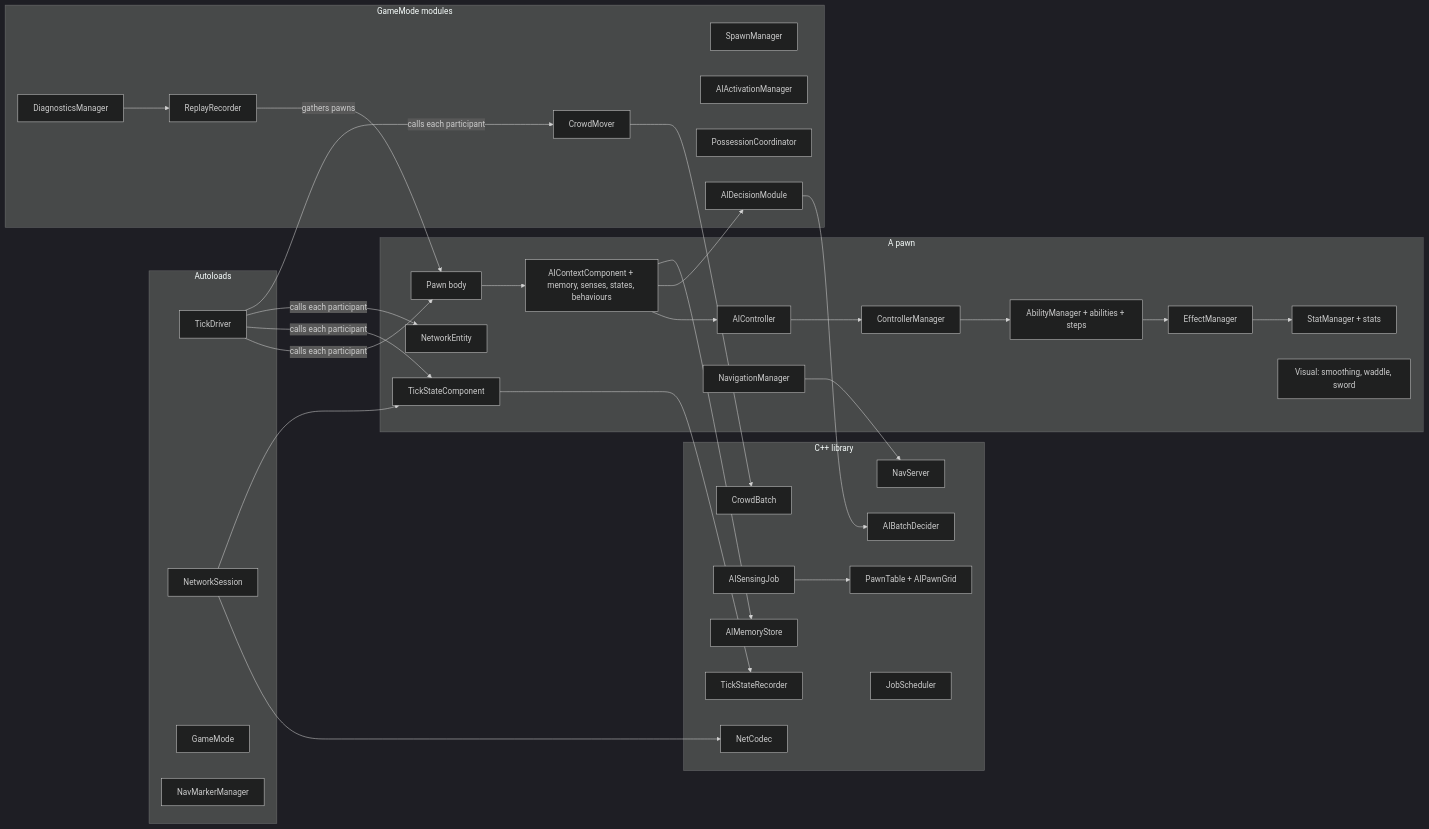
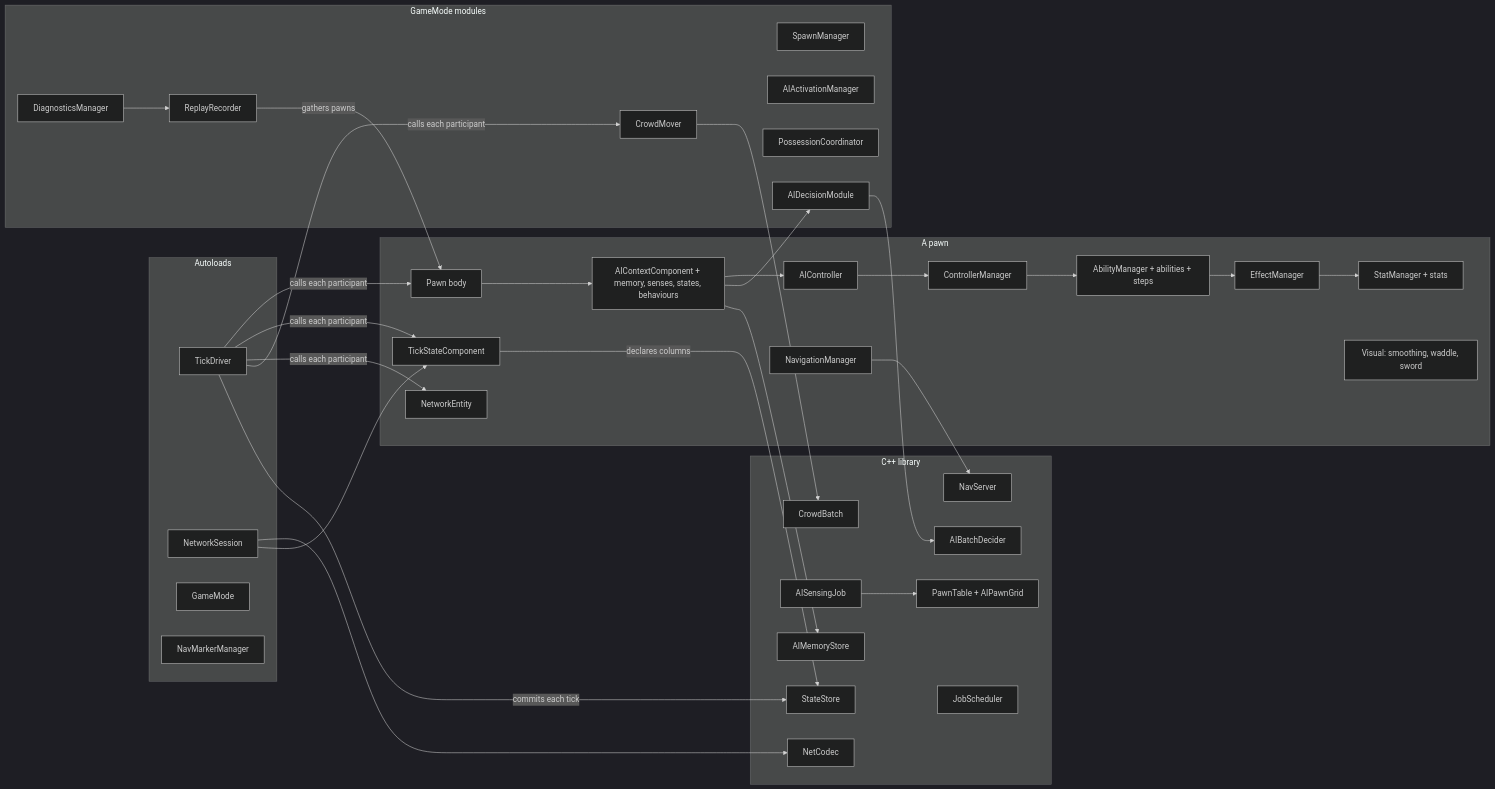
The first of 5 diagrams in docs/ARCHITECTURE.md (6ixpoolgames/ProjectVibe), drawn with Mermaid (dark theme) before and after one commit. The commit also changed 57 other files, not shown here.

````diff
--- a/docs/ARCHITECTURE.md
+++ b/docs/ARCHITECTURE.md
@@ -26,55 +26,56 @@
 ```mermaid
 flowchart LR
   subgraph autoloads[Autoloads]
     TD[TickDriver]
     NS[NetworkSession]
     GM[GameMode]
     NMM[NavMarkerManager]
   end
   subgraph pawn[A pawn]
     P[Pawn body]
     CM[ControllerManager]
     AIC[AIController]
     AM[AbilityManager + abilities + steps]
     EM[EffectManager]
     SM[StatManager + stats]
     NAV[NavigationManager]
     AICTX[AIContextComponent + memory, senses, states, behaviours]
     TSC[TickStateComponent]
     NE[NetworkEntity]
     VIS[Visual: smoothing, waddle, sword]
   end
   subgraph modules[GameMode modules]
     SPN[SpawnManager]
     ACT[AIActivationManager]
     POS[PossessionCoordinator]
     CROWD[CrowdMover]
     DEC[AIDecisionModule]
     REC[ReplayRecorder]
     DIAG[DiagnosticsManager]
   end
   subgraph native[C++ library]
     PT[PawnTable + AIPawnGrid]
     MEM[AIMemoryStore]
     BD[AIBatchDecider]
     SENSE[AISensingJob]
     CB[CrowdBatch]
-    TSR[TickStateRecorder]
+    TSR[StateStore]
     CODEC[NetCodec]
     NAVS[NavServer]
     JS[JobScheduler]
   end
   TD -->|calls each participant| P & TSC & NE & CROWD
   P --> AICTX --> AIC --> CM --> AM
   AM --> EM --> SM
   AICTX --> DEC --> BD
   AICTX --> MEM
   SENSE --> PT
   CROWD --> CB
-  TSC --> TSR
+  TD -->|commits each tick| TSR
+  TSC -->|declares columns| TSR
   NS --> CODEC
   NS --> TSC
   NAV --> NAVS
   REC -->|gathers pawns| P
   DIAG --> REC
 ```
````
